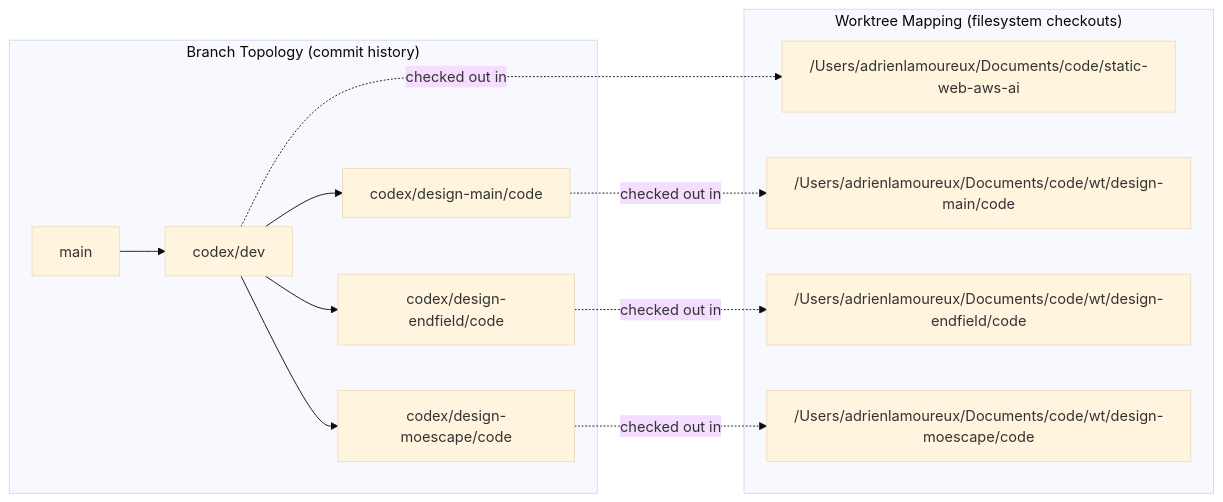
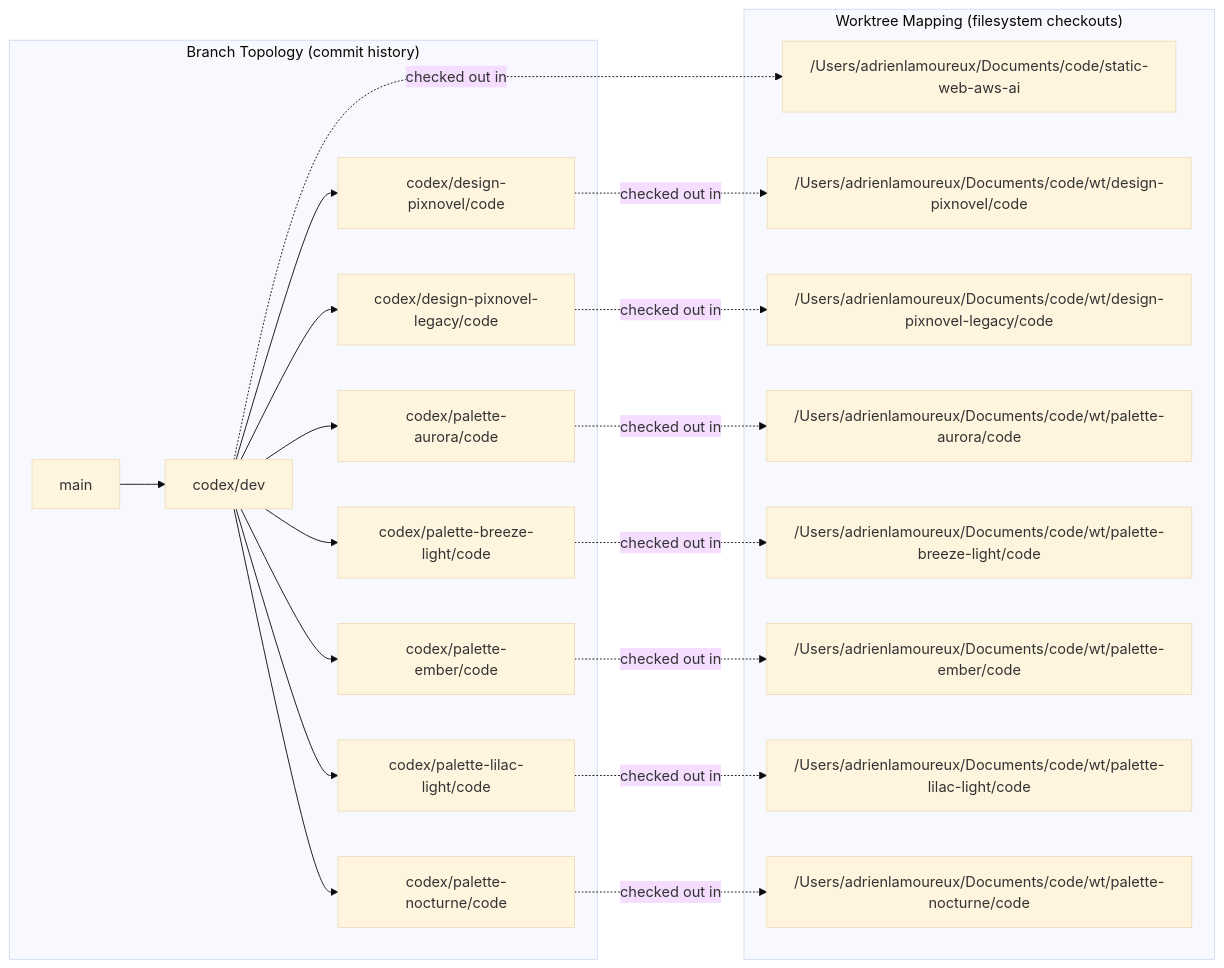
The diagram in docs/branches-worktrees-diagram.md (adrienLamoureux/static-web-aws-ai), drawn with Mermaid (base theme) before and after one commit. The commit also changed other lines of this file and 9 other files, not shown here.

````diff
--- a/docs/branches-worktrees-diagram.md
+++ b/docs/branches-worktrees-diagram.md
@@ -7,26 +7,42 @@
 ```mermaid
 flowchart LR
   subgraph BR["Branch Topology (commit history)"]
     MAIN["main"]
     DEV["codex/dev"]
-    DMAIN["codex/design-main/code"]
-    DEND["codex/design-endfield/code"]
-    DMOE["codex/design-moescape/code"]
+    DPIX["codex/design-pixnovel/code"]
+    DLEG["codex/design-pixnovel-legacy/code"]
+    PAUR["codex/palette-aurora/code"]
+    PBRE["codex/palette-breeze-light/code"]
+    PEMB["codex/palette-ember/code"]
+    PLIL["codex/palette-lilac-light/code"]
+    PNOI["codex/palette-nocturne/code"]
     MAIN --> DEV
-    DEV --> DMAIN
-    DEV --> DEND
-    DEV --> DMOE
+    DEV --> DPIX
+    DEV --> DLEG
+    DEV --> PAUR
+    DEV --> PBRE
+    DEV --> PEMB
+    DEV --> PLIL
+    DEV --> PNOI
   end
 
   subgraph WT["Worktree Mapping (filesystem checkouts)"]
     WTDEV["/Users/adrienlamoureux/Documents/code/static-web-aws-ai"]
-    WTM["/Users/adrienlamoureux/Documents/code/wt/design-main/code"]
-    WTE["/Users/adrienlamoureux/Documents/code/wt/design-endfield/code"]
-    WTO["/Users/adrienlamoureux/Documents/code/wt/design-moescape/code"]
+    WTPIX["/Users/adrienlamoureux/Documents/code/wt/design-pixnovel/code"]
+    WTLEG["/Users/adrienlamoureux/Documents/code/wt/design-pixnovel-legacy/code"]
+    WTAUR["/Users/adrienlamoureux/Documents/code/wt/palette-aurora/code"]
+    WTBRE["/Users/adrienlamoureux/Documents/code/wt/palette-breeze-light/code"]
+    WTEMB["/Users/adrienlamoureux/Documents/code/wt/palette-ember/code"]
+    WTLIL["/Users/adrienlamoureux/Documents/code/wt/palette-lilac-light/code"]
+    WTNOI["/Users/adrienlamoureux/Documents/code/wt/palette-nocturne/code"]
   end
 
   DEV -. checked out in .-> WTDEV
-  DMAIN -. checked out in .-> WTM
-  DEND -. checked out in .-> WTE
-  DMOE -. checked out in .-> WTO
+  DPIX -. checked out in .-> WTPIX
+  DLEG -. checked out in .-> WTLEG
+  PAUR -. checked out in .-> WTAUR
+  PBRE -. checked out in .-> WTBRE
+  PEMB -. checked out in .-> WTEMB
+  PLIL -. checked out in .-> WTLIL
+  PNOI -. checked out in .-> WTNOI
 ```
````
